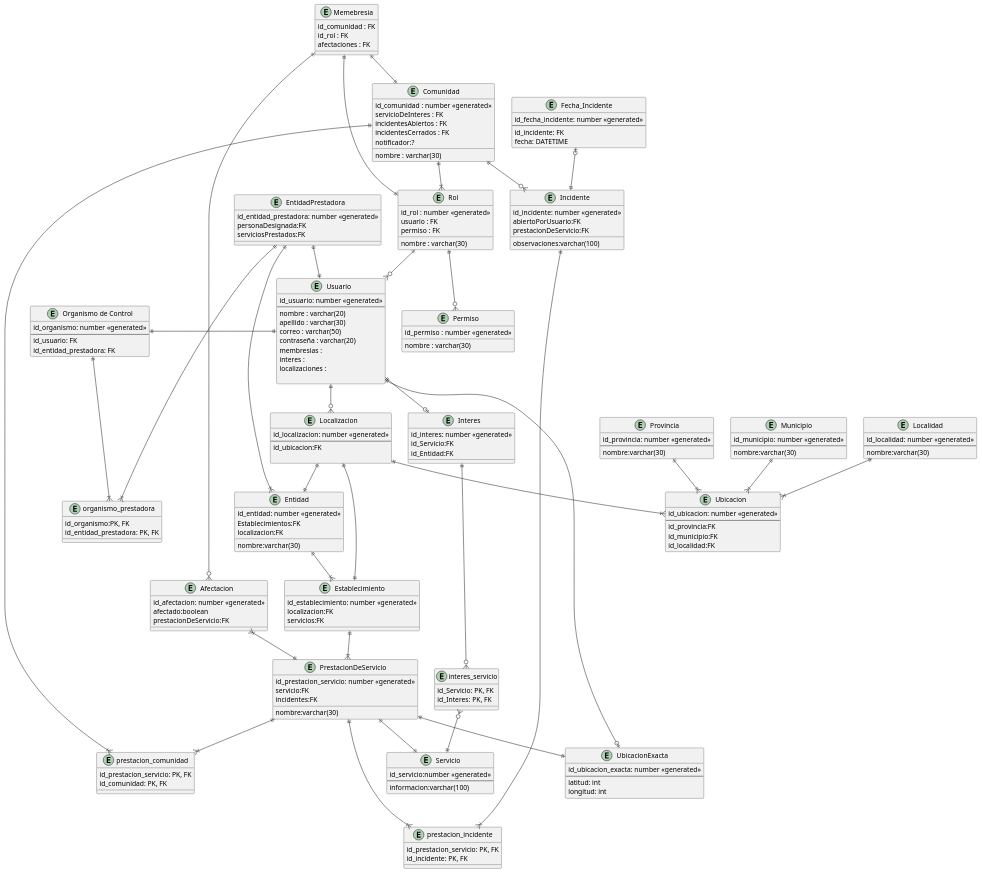
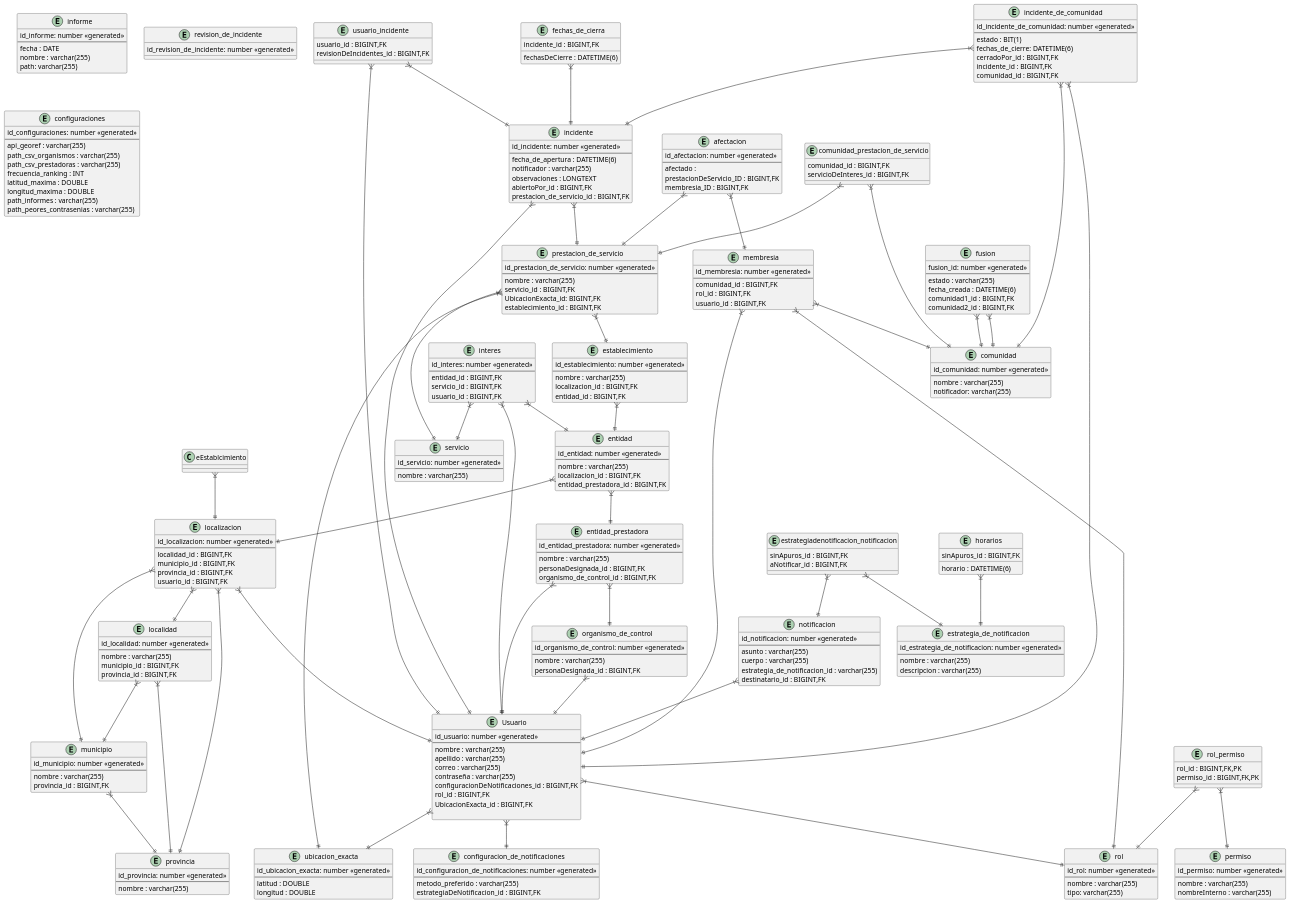
Before and after one commit to AndyTrias/comunidades-apoyo-movilidad-reducida-: the diagram in entregables/plantUML/der.wsd, drawn with PlantUML.

Commit message:
nuevo DER

```diff
--- a/entregables/plantUML/der.wsd
+++ b/entregables/plantUML/der.wsd
@@ -3,205 +3,318 @@
 entity "Usuario" as eUsuario{
   id_usuario: number <<generated>>
   --
-  nombre : varchar(20)
-  apellido : varchar(30)
-  correo : varchar(50)
-  contraseña : varchar(20)
-  membresias :
-  interes :
-  localizaciones :
+  nombre : varchar(255)
+  apellido : varchar(255)
+  correo : varchar(255)
+  contraseña : varchar(255)
+  configuracionDeNotificaciones_id : BIGINT,FK
+  rol_id : BIGINT,FK
+  UbicacionExacta_id : BIGINT,FK
 
 }
 
-entity "Interes" as eInteres{
-  id_interes: number <<generated>>
-  id_Servicio:FK
-  id_Entidad:FK
+entity "usuario_incidente" as eUsuarioIncidente{
+  usuario_id : BIGINT,FK
+  revisionDeIncidentes_id : BIGINT,FK
 }
 
-entity "interes_servicio" as eInteres_servicio {
-    id_Servicio: PK, FK
-    id_Interes: PK, FK
+entity "membresia" as eMembresia{
+  id_membresia: number <<generated>>
+  --
+  comunidad_id : BIGINT,FK
+  rol_id : BIGINT,FK
+  usuario_id : BIGINT,FK
 }
 
-entity "Servicio" as eServicio
-{
-  id_servicio:number <<generated>>
+entity "comunidad" as eComunidad{
+  id_comunidad: number <<generated>>
   --
-  informacion:varchar(100)
+  nombre : varchar(255)
+  notificador: varchar(255)
+}
+
+entity "rol" as eRol{
+  id_rol: number <<generated>>
+  --
+  nombre : varchar(255)
+  tipo: varchar(255)
+}
+
+entity "rol_permiso" as eRolPermiso{
+  rol_id : BIGINT,FK,PK
+  permiso_id : BIGINT,FK,PK
 }
 
 
 
-entity "Memebresia" as eMemebresia{
- id_comunidad : FK
- id_rol : FK
- afectaciones : FK
+entity "organismo_de_control" as eOrganismoDeControl{
+  id_organismo_de_control: number <<generated>>
+  --
+  nombre : varchar(255)
+  personaDesignada_id : BIGINT,FK
 }
 
-entity "Comunidad" as eComunidad{
-  id_comunidad : number <<generated>>
-  nombre : varchar(30)
-  servicioDeInteres : FK
-  incidentesAbiertos : FK
-  incidentesCerrados : FK
-  notificador:?
+entity "entidad_prestadora" as eEntidadPrestadora{
+  id_entidad_prestadora: number <<generated>>
+  --
+  nombre : varchar(255)
+  personaDesignada_id : BIGINT,FK
+  organismo_de_control_id : BIGINT,FK
 }
 
-entity "Rol" as eRol{
-  id_rol : number <<generated>>
-  usuario : FK
-  permiso : FK
-  nombre : varchar(30)
+entity "establecimiento" as eEstablecimiento{
+  id_establecimiento: number <<generated>>
+  --
+  nombre : varchar(255)
+  localizacion_id : BIGINT,FK
+  entidad_id : BIGINT,FK
 }
 
-entity "Permiso" as ePermiso{
-  id_permiso : number <<generated>>
-  nombre : varchar(30)
+entity "entidad" as eEntidad{
+  id_entidad: number <<generated>>
+  --
+  nombre : varchar(255)
+  localizacion_id : BIGINT,FK
+  entidad_prestadora_id : BIGINT,FK
 }
 
-entity "Incidente" as eIncidente{
-  id_incidente: number <<generated>>
-  abiertoPorUsuario:FK
-  prestacionDeServicio:FK
-  observaciones:varchar(100)
+entity "afectacion" as eAfectacion{
+  id_afectacion: number <<generated>>
+  --
+  afectado : 
+  prestacionDeServicio_ID : BIGINT,FK
+  membresia_ID : BIGINT,FK
 }
 
-entity "Fecha_Incidente" as eFechaIncidente{
-  id_fecha_incidente: number <<generated>>
+entity "prestacion_de_servicio" as ePrestacionDeServicio{
+  id_prestacion_de_servicio: number <<generated>>
   --
-  id_incidente: FK
-  fecha: DATETIME
+  nombre : varchar(255)
+  servicio_id : BIGINT,FK
+  UbicacionExacta_id: BIGINT,FK
+  establecimiento_id : BIGINT,FK
 }
 
-entity "Afectacion" as eAfectacion {
-  id_afectacion: number <<generated>>
-  afectado:boolean
-  prestacionDeServicio:FK
+entity "localizacion" as eLocalizacion{
+  id_localizacion: number <<generated>>
+  --
+  localidad_id : BIGINT,FK
+  municipio_id : BIGINT,FK
+  provincia_id : BIGINT,FK
+  usuario_id : BIGINT,FK
 }
 
-entity "PrestacionDeServicio" as ePrestacionDeServicio {
- id_prestacion_servicio: number <<generated>>
- servicio:FK
- incidentes:FK
- nombre:varchar(30)
+entity "localidad" as eLocalidad{
+  id_localidad: number <<generated>>
+  --
+  nombre : varchar(255)
+  municipio_id : BIGINT,FK
+  provincia_id : BIGINT,FK
 }
 
-entity "Establecimiento" as eEstablecimiento {
-  id_establecimiento: number <<generated>>
-  localizacion:FK
-  servicios:FK
+entity "municipio" as eMunicipio{
+  id_municipio: number <<generated>>
+  --
+  nombre : varchar(255)
+  provincia_id : BIGINT,FK
 }
 
-entity "Entidad" as eEntidad {
-  id_entidad: number <<generated>>
-  Establecimientos:FK
-  localizacion:FK
-  nombre:varchar(30)
+entity "provincia" as eProvincia{
+  id_provincia: number <<generated>>
+  --
+  nombre : varchar(255)
 }
 
-entity "EntidadPrestadora" as eEntidadPrestadora {
-  id_entidad_prestadora: number <<generated>>
-  personaDesignada:FK
-  serviciosPrestados:FK
+entity "ubicacion_exacta" as eUbicacionExacta{
+  id_ubicacion_exacta: number <<generated>>
+  --
+  latitud : DOUBLE
+  longitud : DOUBLE
 }
 
-
-entity "Ubicacion" as eUbicacion {
-  id_ubicacion: number <<generated>>
+entity "interes" as eInteres{
+  id_interes: number <<generated>>
   --
-  id_provincia:FK
-  id_municipio:FK
-  id_localidad:FK
+  entidad_id : BIGINT,FK
+  servicio_id : BIGINT,FK
+  usuario_id : BIGINT,FK
 }
 
-entity "Provincia" as eProvincia {
-  id_provincia: number <<generated>>
+entity "permiso" as ePermiso{
+  id_permiso: number <<generated>>
   --
-  nombre:varchar(30)
+  nombre : varchar(255)
+  nombreInterno : varchar(255)
 }
 
-entity "Municipio" as eMunicipio {
-  id_municipio: number <<generated>>
-  --
-  nombre:varchar(30)
+entity "horarios" as eHorarios{
+  sinApuros_id : BIGINT,FK
+  horario : DATETIME(6)
 }
 
-entity "Localidad" as eLocalidad {
-  id_localidad: number <<generated>>
+entity "incidente" as eIncidente{
+  id_incidente: number <<generated>>
   --
-  nombre:varchar(30)
+  fecha_de_apertura : DATETIME(6)
+  notificador : varchar(255)
+  observaciones : LONGTEXT  
+  abiertoPor_id : BIGINT,FK
+  prestacion_de_servicio_id : BIGINT,FK
 }
 
-entity "Localizacion" as eLocalizacion {
-  id_localizacion: number <<generated>>
+entity "informe" as eInforme{
+  id_informe: number <<generated>>
   --
-  id_ubicacion:FK
-
+  fecha : DATE
+  nombre : varchar(255)
+  path: varchar(255)
 }
 
-entity "prestacion_comunidad" as ePrestacion_Comunidad{
-  id_prestacion_servicio: PK, FK
-  id_comunidad: PK, FK
+entity "notificacion" as eNotificacion{
+  id_notificacion: number <<generated>>
+  --
+  asunto : varchar(255)
+  cuerpo : varchar(255)
+  estrategia_de_notificacion_id : varchar(255)
+  destinatario_id : BIGINT,FK
 }
 
-entity "prestacion_incidente" as ePrestacion_Incidente{
-  id_prestacion_servicio: PK, FK
-  id_incidente: PK, FK
+entity "estrategiadenotificacion_notificacion" as eEstrategiadenotificacionNotificacion{
+  sinApuros_id : BIGINT,FK
+  aNotificar_id : BIGINT,FK
 }
 
-entity "Organismo de Control" as eOrganismo{
-  id_organismo: number <<generated>>
+entity "configuracion_de_notificaciones" as eConfiguracionDeNotificaciones{
+  id_configuracion_de_notificaciones: number <<generated>>
   --
-  id_usuario: FK
-  id_entidad_prestadora: FK
+  metodo_preferido : varchar(255)
+  estrategiaDeNotificacion_id : BIGINT,FK
 }
 
-entity "UbicacionExacta" as eUbicacionExacta {
-  id_ubicacion_exacta: number <<generated>>
+entity "estrategia_de_notificacion" as eEstrategiaDeNotificacion{
+  id_estrategia_de_notificacion: number <<generated>>
   --
-  latitud: int
-  longitud: int
+  nombre : varchar(255)
+  descripcion : varchar(255)
 }
 
-entity "organismo_prestadora" as eOrganismo_Prestadora {
-  id_organismo:PK, FK
-  id_entidad_prestadora: PK, FK
+entity "comunidad_prestacion_de_servicio" as eComunidadPrestacionDeServicio{
+  comunidad_id : BIGINT,FK
+  servicioDeInteres_id : BIGINT,FK
 }
 
-ePrestacionDeServicio ||--|| eUbicacionExacta
-eUsuario ||--o|eUbicacionExacta
-eLocalizacion ||--|| eEntidad
-eLocalizacion ||--|| eEstablecimiento
-eUsuario ||--o{ eLocalizacion
-eLocalizacion ||--|{ eUbicacion
-eProvincia ||--|{ eUbicacion
-eMunicipio ||--|{ eUbicacion
-eLocalidad ||--|{ eUbicacion
-eFechaIncidente |o--|| eIncidente
-eComunidad ||--o{ eIncidente
-eRol ||--o{ ePermiso
-eUsuario||--o|eInteres
-eMemebresia ||--||eRol
-eRol ||--o{eUsuario
-eMemebresia ||--||eComunidad
-eComunidad ||--|{eRol
-eInteres||--o{ eInteres_servicio
-eInteres_servicio }o--|| eServicio
-eMemebresia ||---o{ eAfectacion
-eEntidadPrestadora ||--|| eUsuario
-eEntidadPrestadora ||--|{ eEntidad
-eEntidad ||--|{ eEstablecimiento
-ePrestacionDeServicio ||--|| eServicio
+entity "servicio" as eServicio{
+  id_servicio: number <<generated>>
+  --
+  nombre : varchar(255)
+}
+
+entity "revision_de_incidente" as eRevisionDeIncidente{
+  id_revision_de_incidente: number <<generated>>
+}
+
+entity "fechas_de_cierra" as eFechasDeCierra{
+  incidente_id : BIGINT,FK
+  fechasDeCierre : DATETIME(6)
+}
+
+entity "incidente_de_comunidad" as eIncidenteDeComunidad{
+  id_incidente_de_comunidad: number <<generated>>
+  --
+  estado : BIT(1)
+  fechas_de_cierre: DATETIME(6)
+  cerradoPor_id : BIGINT,FK
+  incidente_id : BIGINT,FK
+  comunidad_id : BIGINT,FK
+}
+
+entity "fusion" as eFusion{
+  fusion_id: number <<generated>>
+  --
+  estado : varchar(255)
+  fecha_creada : DATETIME(6)
+  comunidad1_id : BIGINT,FK
+  comunidad2_id : BIGINT,FK
+}
+
+entity "configuraciones" as eConfiguraciones{
+  id_configuraciones: number <<generated>>
+  --
+ api_georef : varchar(255)
+ path_csv_organismos : varchar(255)
+ path_csv_prestadoras : varchar(255)
+ frecuencia_ranking : INT
+ latitud_maxima : DOUBLE
+ longitud_maxima : DOUBLE
+ path_informes : varchar(255)
+ path_peores_contrasenias : varchar(255)
+}
+
+eUsuario}|--||eUbicacionExacta
+eUsuario}|--||eRol
+eUsuario}|--||eConfiguracionDeNotificaciones
+
+eMembresia}|--||eRol
+eMembresia}|--||eUsuario
+eMembresia}|--||eComunidad
+
+eLocalizacion}|--||eLocalidad
+eLocalizacion}|--||eMunicipio
+eLocalizacion}|--||eProvincia
+eLocalizacion}|--||eUsuario
+
+eLocalidad}|--||eMunicipio
+eLocalidad}|--||eProvincia
+
+eMunicipio}|--||eProvincia
+
+eInteres}|--||eEntidad
+eInteres}|--||eServicio
+eInteres}|--||eUsuario
+
+eUsuarioIncidente}|--||eUsuario
+eUsuarioIncidente}|--||eIncidente
+
+eIncidente}|--||ePrestacionDeServicio
+eIncidente}|--||eUsuario
+
+ePrestacionDeServicio}|--||eServicio
+ePrestacionDeServicio}|--||eUbicacionExacta
+ePrestacionDeServicio}|--||eEstablecimiento
+
+eEstablecimiento}|--||eEntidad
+eEstablcimiento}|--||eLocalizacion
+
+eRolPermiso}|--||eRol
+eRolPermiso}|--||ePermiso
+
+eFechasDeCierra}|--||eIncidente
+
+eFusion}|--||eComunidad
+eFusion}|--||eComunidad
+
+eNotificacion}|--||eUsuario
+
+eEstrategiadenotificacionNotificacion }|--|| eEstrategiaDeNotificacion
+eEstrategiadenotificacionNotificacion }|--|| eNotificacion
+
+eOrganismoDeControl}|--||eUsuario
+
+eEntidadPrestadora}|--||eOrganismoDeControl
+eEntidadPrestadora}|--||eUsuario
+
+eEntidad}|--||eLocalizacion
+eEntidad}|--||eEntidadPrestadora
+
+eIncidenteDeComunidad }|--|| eIncidente
+eIncidenteDeComunidad }|--|| eComunidad
+eIncidenteDeComunidad }|--|| eUsuario
+
+eHorarios }|--|| eEstrategiaDeNotificacion
+
+eComunidadPrestacionDeServicio }|--|| eComunidad
+eComunidadPrestacionDeServicio }|--|| ePrestacionDeServicio
+
+eAfectacion }|--|| eMembresia
 eAfectacion }|--|| ePrestacionDeServicio
-eEstablecimiento ||--|{ ePrestacionDeServicio
-ePrestacionDeServicio ||--|{ ePrestacion_Comunidad
-eComunidad ||--|{ ePrestacion_Comunidad
-ePrestacionDeServicio ||---|{ ePrestacion_Incidente
-eIncidente ||---|{ ePrestacion_Incidente
-eOrganismo ||-|| eUsuario
-eOrganismo ||--|{ eOrganismo_Prestadora
-eEntidadPrestadora ||----|{ eOrganismo_Prestadora
-
-
 @enduml
```
